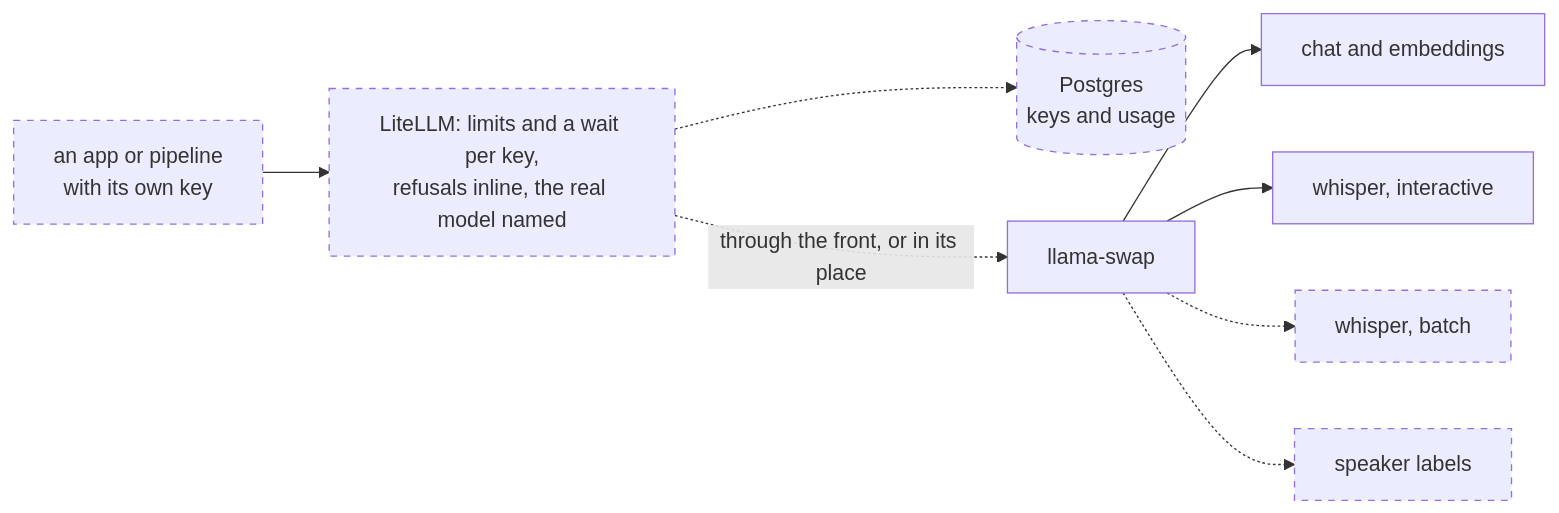
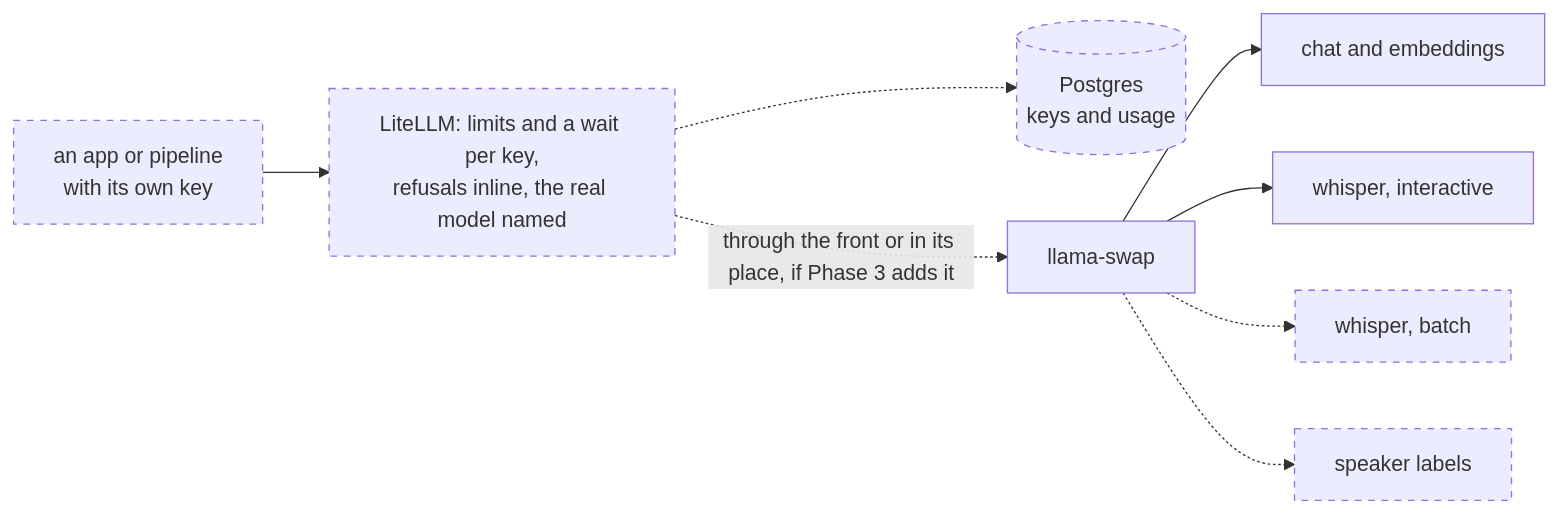
One commit to chendaniely/local-ai changed the fourth of 4 diagrams in website/architecture.qmd. Above: the diagram before and after it, drawn with Mermaid. The commit also changed other lines of this file and 16 other files, not shown here.

First line of the commit message:
docs(plan): 🤖 Phase 2a's plan after its forward-and-back council

````diff
--- a/website/architecture.qmd
+++ b/website/architecture.qmd
@@ -233,12 +234,12 @@
 ```{mermaid}
 flowchart LR
   classDef planned stroke-dasharray: 5 5
 
   app["an app or pipeline<br/>with its own key"]:::planned --> litellm["LiteLLM: limits and a wait per key,<br/>refusals inline, the real model named"]:::planned
   litellm -.-> pg[("Postgres<br/>keys and usage")]:::planned
-  litellm -. "through the front, or in its place" .-> swap["llama-swap"]
+  litellm -. "through the front or in its place, if Phase 3 adds it" .-> swap["llama-swap"]
   swap --> chat["chat and embeddings"]
   swap --> stt["whisper, interactive"]
   swap -.-> batch["whisper, batch"]:::planned
   swap -.-> diar["speaker labels"]:::planned
 ```
````
